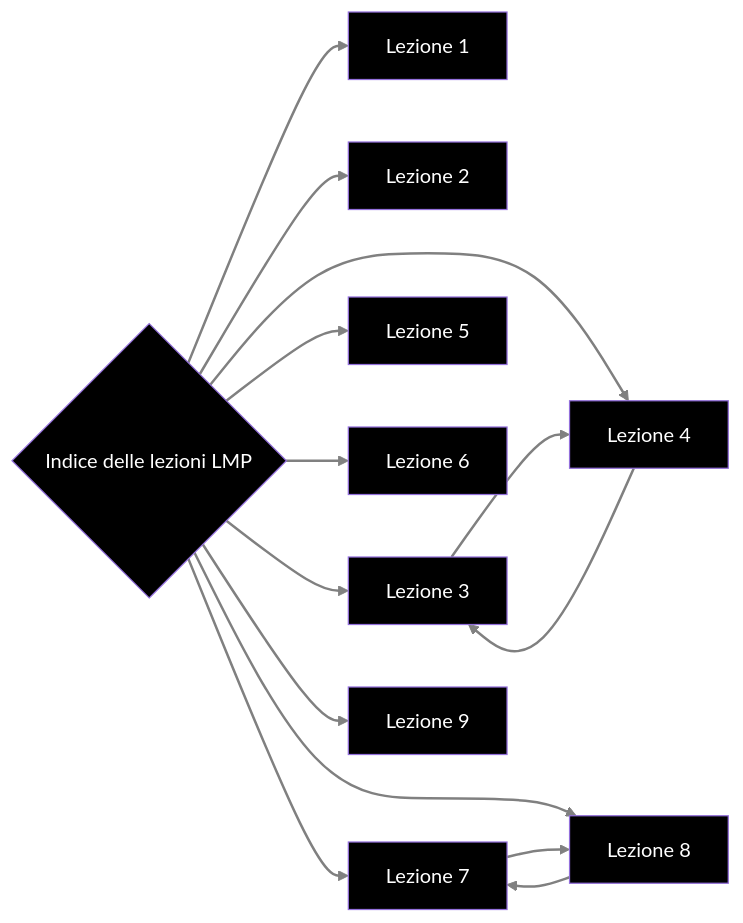
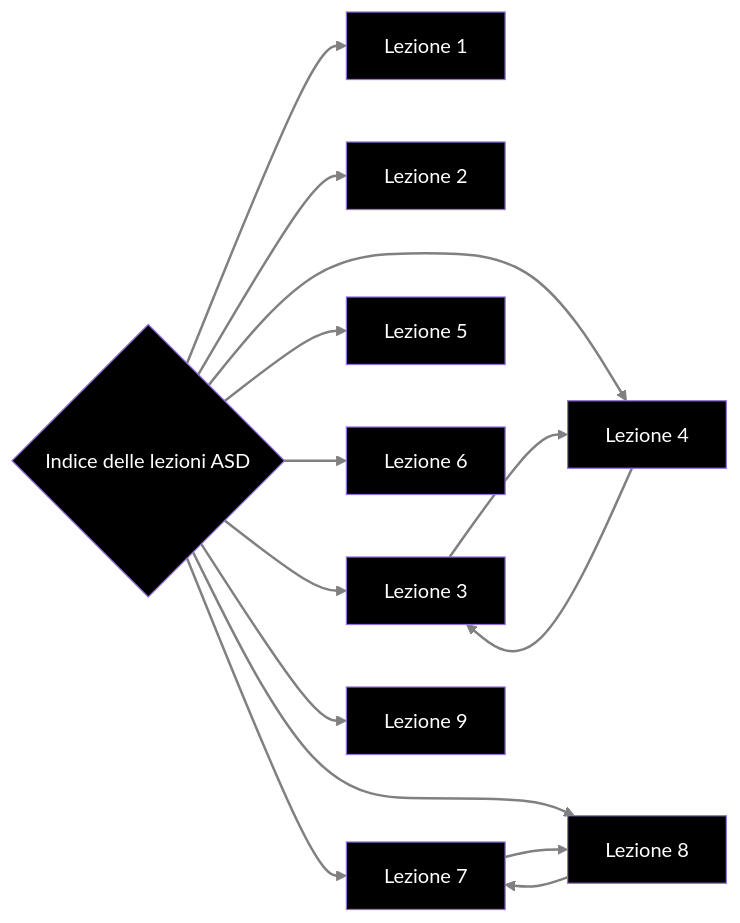
One commit to francosalvucci14/Appunti-II-anno changed the diagram in Appunti ASD/MOD I/Indice degli appunti ASD.md. Above: the diagram before and after it, drawn with Mermaid. The commit also changed 1 other file, not shown here.

Commit message:
vault backup: 2022-11-16 11:52:35

````diff
--- a/Appunti ASD/MOD I/Indice degli appunti ASD.md
+++ b/Appunti ASD/MOD I/Indice degli appunti ASD.md
@@ -17,31 +17,31 @@
 ```mermaid
 graph LR
-	A{Indice delle lezioni LMP}
+	A{Indice delle lezioni ASD}
 	B[Lezione 1]
 	C[Lezione 2]
 	D[Lezione 3]
 	E[Lezione 4]
 	F[Lezione 5]
 	G[Lezione 6]
 	H[Lezione 7]
 	I[Lezione 8]
 	J[Lezione 9]
 	
 	linkStyle default stroke-width:2px,fill:none,stroke:grey,color:red
 
 	style A fill:black, color:#fff
 	style B fill:black, color:#fff
 	style C fill:black, color:#fff
 	style D fill:black, color:#fff
 	style E fill:black, color:#fff
 	style F fill:black, color:#fff
 	style G fill:black, color:#fff
 	style H fill:black, color:#fff
 	style I fill:black, color:#fff
 	style J fill:black, color:#fff
 	A-->B & C & D & E & F & G & H & I & J
 	H-->I
 	I-->H
 	D-->E
 	E-->D
 ```
````
